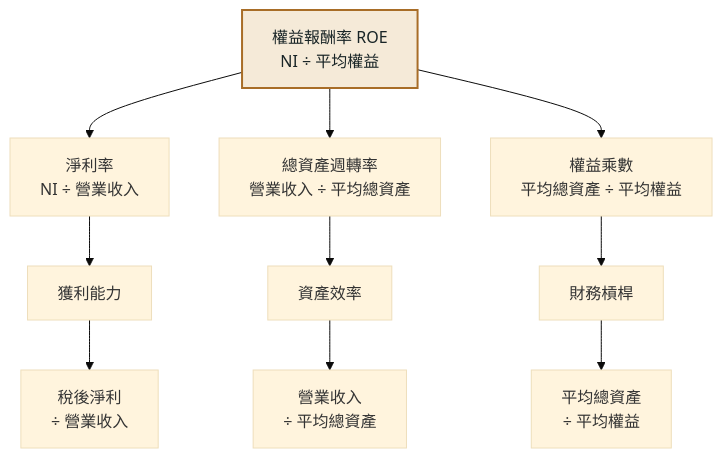
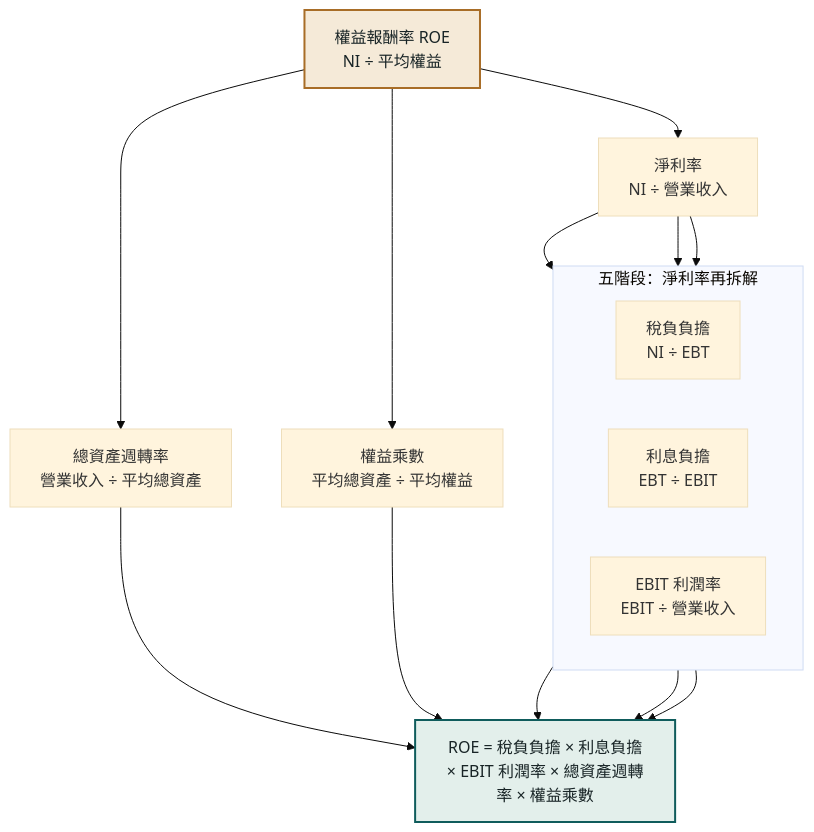
Before and after one commit to solo0920/analysis: the diagram in site/diagrams/mermaid/investment-dupont.mmd, drawn with Mermaid (base theme). The commit also changed 21 other files, not shown here.

Commit message:
Rewrite DuPont analysis content and diagrams

```diff
--- a/site/diagrams/mermaid/investment-dupont.mmd
+++ b/site/diagrams/mermaid/investment-dupont.mmd
@@ -1,16 +1,33 @@
 flowchart TD
-  accTitle: 杜邦分析：ROE 的三因子分解
-  accDescr: 權益報酬率拆成淨利率、總資產週轉率與權益乘數，分別代表獲利能力、資產效率與財務槓桿；再往下列出三項比率的計算方式。
+  accTitle: 杜邦分析：三階段與五階段 ROE 拆解
+  accDescr: 三階段杜邦把 ROE 拆成淨利率、總資產週轉率與權益乘數；五階段再把淨利率拆成稅負負擔、利息負擔與 EBIT 利潤率。
 
   ROE["權益報酬率 ROE<br/>NI ÷ 平均權益"]:::outcome
-  ROE --> NPM["淨利率<br/>NI ÷ 營業收入"]
-  ROE --> TAT["總資產週轉率<br/>營業收入 ÷ 平均總資產"]
-  ROE --> EM["權益乘數<br/>平均總資產 ÷ 平均權益"]
-  NPM --> P1["獲利能力"]
-  TAT --> P2["資產效率"]
-  EM --> P3["財務槓桿"]
-  P1 --> D1["稅後淨利<br/>÷ 營業收入"]
-  P2 --> D2["營業收入<br/>÷ 平均總資產"]
-  P3 --> D3["平均總資產<br/>÷ 平均權益"]
+  NPM["淨利率<br/>NI ÷ 營業收入"]
+  TAT["總資產週轉率<br/>營業收入 ÷ 平均總資產"]
+  EM["權益乘數<br/>平均總資產 ÷ 平均權益"]
 
+  ROE --> NPM
+  ROE --> TAT
+  ROE --> EM
+
+  subgraph FIVE["五階段：淨利率再拆解"]
+    direction LR
+    TAX["稅負負擔<br/>NI ÷ EBT"]
+    INT["利息負擔<br/>EBT ÷ EBIT"]
+    EBITM["EBIT 利潤率<br/>EBIT ÷ 營業收入"]
+  end
+
+  NPM --> TAX
+  NPM --> INT
+  NPM --> EBITM
+
+  FORMULA["ROE = 稅負負擔 × 利息負擔<br/>× EBIT 利潤率 × 總資產週轉率 × 權益乘數"]:::accent
+  TAX --> FORMULA
+  INT --> FORMULA
+  EBITM --> FORMULA
+  TAT --> FORMULA
+  EM --> FORMULA
+
+  classDef accent fill:#e3efeb,stroke:#0f5c5c,color:#182426,stroke-width:2px
   classDef outcome fill:#f5ead8,stroke:#a86d27,color:#182426,stroke-width:2px
```
